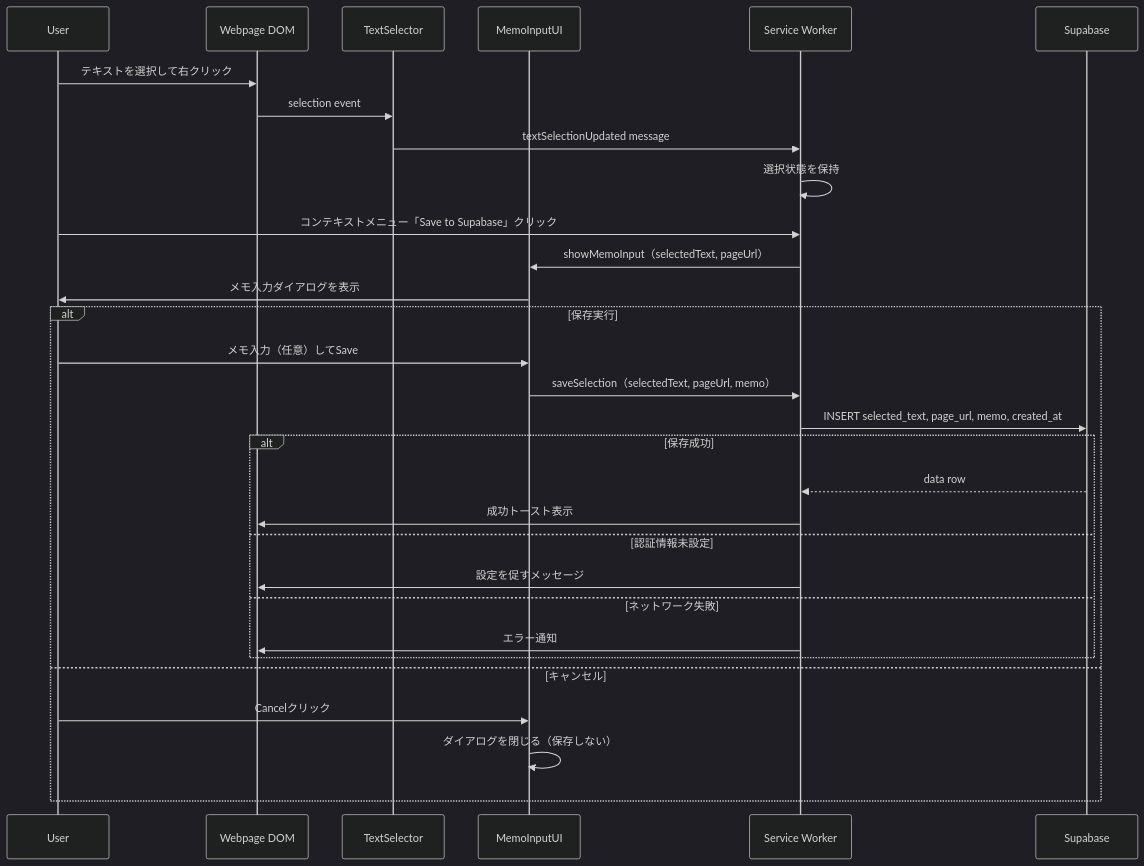
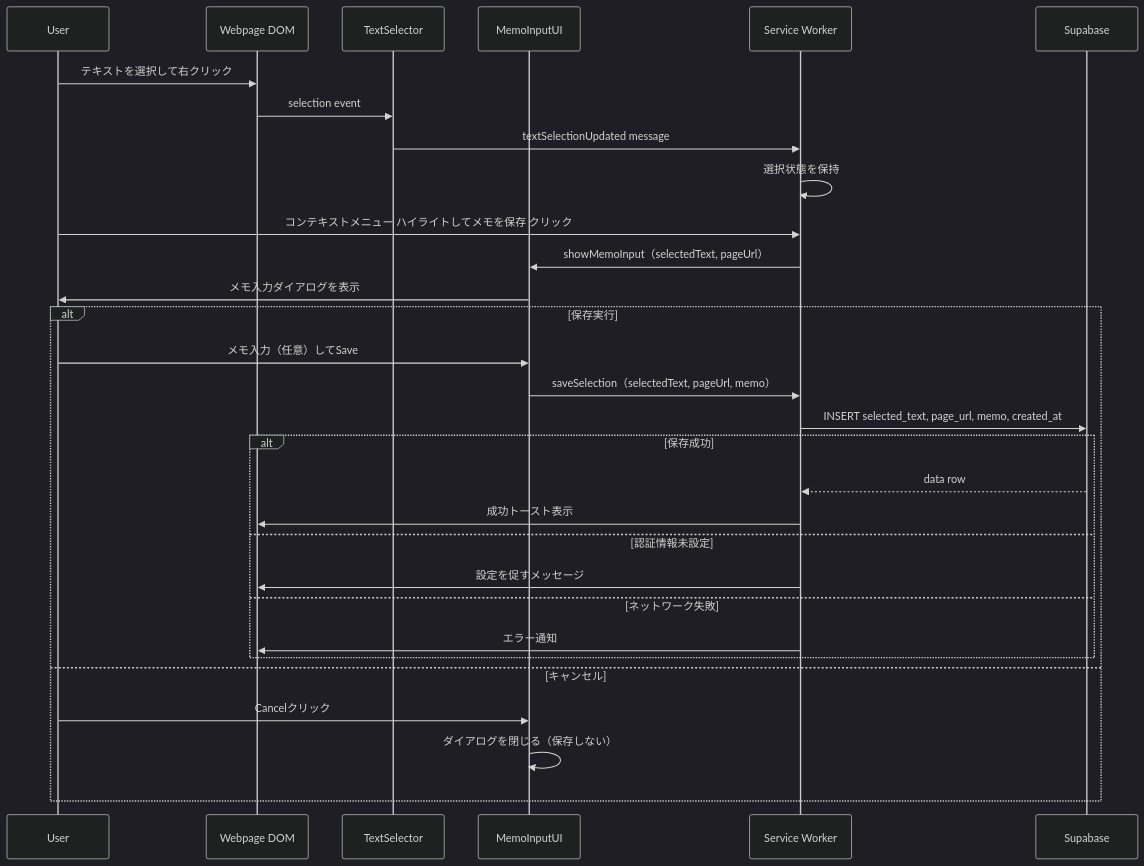
One commit to ryu-sato/reading-web-supporter changed the second of 4 diagrams in .kiro/specs/reading-support/design.md. Above: the diagram before and after it, drawn with Mermaid (dark theme). The commit also changed other lines of this file and 2 other files, not shown here.

````diff
--- a/.kiro/specs/reading-support/design.md
+++ b/.kiro/specs/reading-support/design.md
@@ -211,36 +229,36 @@
 ```mermaid
 sequenceDiagram
     participant User
     participant Page as Webpage DOM
     participant CS as TextSelector
     participant MUI as MemoInputUI
     participant SW as Service Worker
     participant SB as Supabase
 
     User->>Page: テキストを選択して右クリック
     Page->>CS: selection event
     CS->>SW: textSelectionUpdated message
     SW->>SW: 選択状態を保持
 
-    User->>SW: コンテキストメニュー「Save to Supabase」クリック
+    User->>SW: コンテキストメニュー ハイライトしてメモを保存 クリック
     SW->>MUI: showMemoInput（selectedText, pageUrl）
     MUI->>User: メモ入力ダイアログを表示
 
     alt 保存実行
         User->>MUI: メモ入力（任意）してSave
         MUI->>SW: saveSelection（selectedText, pageUrl, memo）
         SW->>SB: INSERT selected_text, page_url, memo, created_at
 
         alt 保存成功
             SB-->>SW: data row
             SW->>Page: 成功トースト表示
         else 認証情報未設定
             SW->>Page: 設定を促すメッセージ
         else ネットワーク失敗
             SW->>Page: エラー通知
         end
     else キャンセル
         User->>MUI: Cancelクリック
         MUI->>MUI: ダイアログを閉じる（保存しない）
     end
 ```
````
